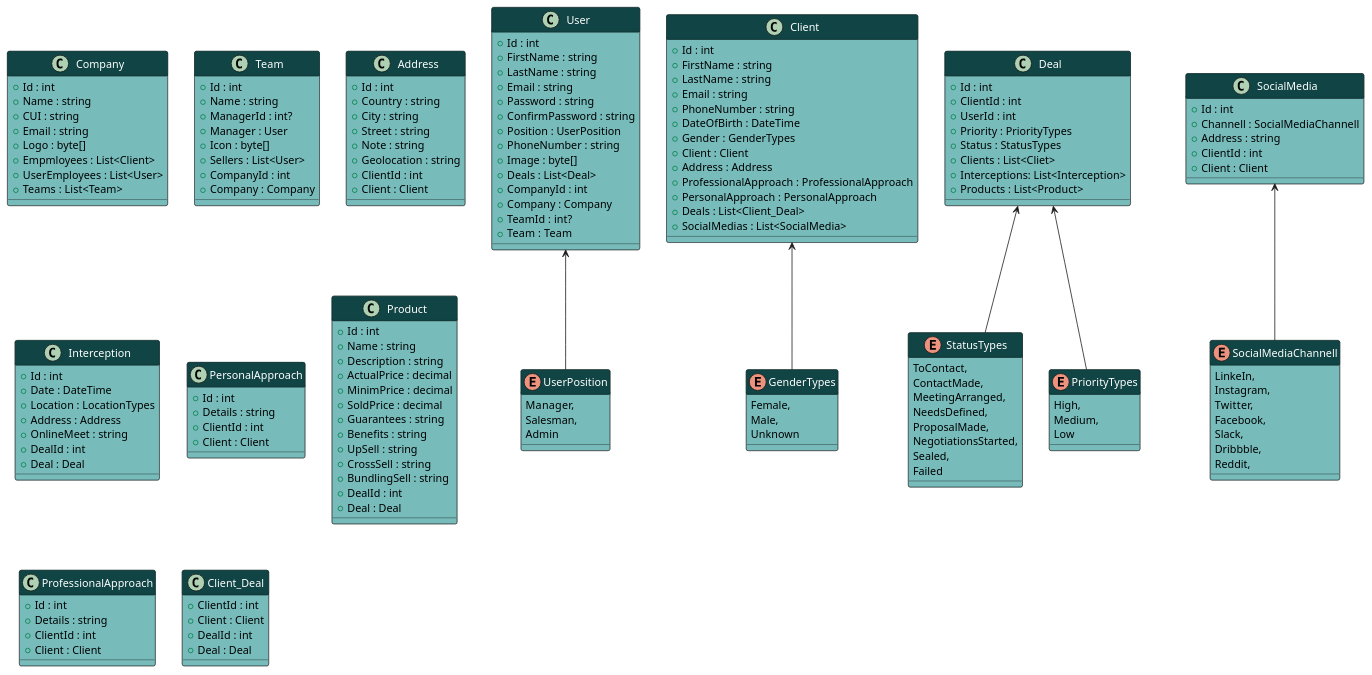
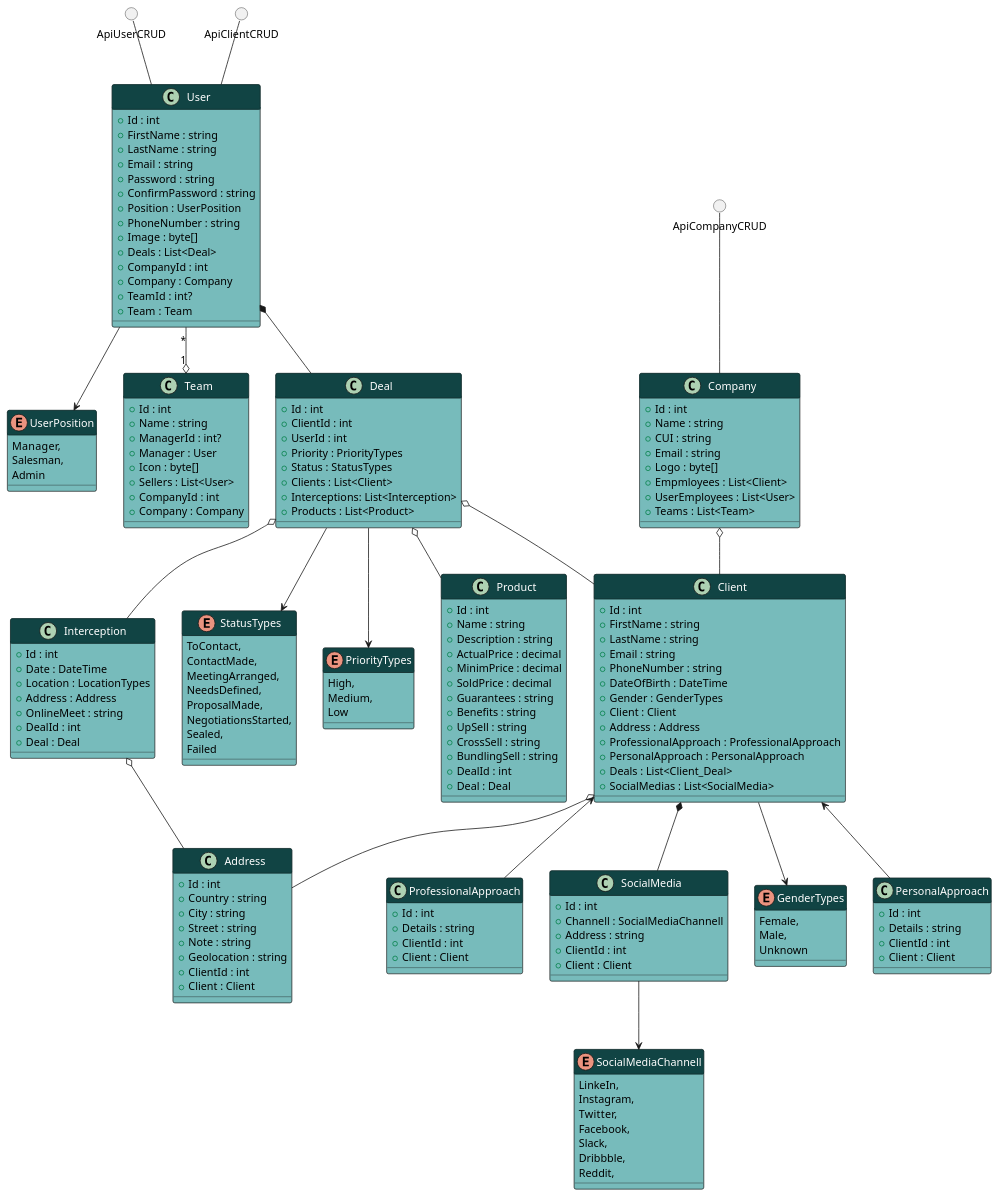
Before and after one commit to vladghinea/Sellgo: the diagram in El Proyecte Grande/Data/appdiagram.plantuml, drawn with PlantUML. The commit also changed 2 other files, not shown here.

Commit message:
Update UML

```diff
--- a/El Proyecte Grande/Data/appdiagram.plantuml
+++ b/El Proyecte Grande/Data/appdiagram.plantuml
@@ -1,187 +1,198 @@
 @startuml El Grande Proyect
 skinparam classFontColor automatic
 skinparam classBackgroundColor #7bb
 skinparam enumBackgroundColor #9d9
 skinparam noteBackgroundColor #9d9
 skinparam classHeaderBackgroundColor #144
 skinparam abstractclassHeaderBackgroundColor #FB4499
 
 class Company{
 + Id : int
 + Name : string
 + CUI : string
 + Email : string
 + Logo : byte[]
 + Empmloyees : List<Client>
 + UserEmployees : List<User>
 + Teams : List<Team>
 }
 
 class Team {
 + Id : int
 + Name : string
 + ManagerId : int?
 + Manager : User
 + Icon : byte[]
 + Sellers : List<User>
 + CompanyId : int
 + Company : Company
 }
 
 class User {
 + Id : int
 + FirstName : string
 + LastName : string
 + Email : string
 + Password : string
 + ConfirmPassword : string
 + Position : UserPosition
 + PhoneNumber : string
 + Image : byte[]
 + Deals : List<Deal>
 + CompanyId : int
 + Company : Company
 + TeamId : int?
 + Team : Team
 
 }
 
 enum UserPosition{
 Manager,
 Salesman,
 Admin
 }
 
 
 class Address{
 + Id : int
 + Country : string
 + City : string
 + Street : string
 + Note : string
 + Geolocation : string
 + ClientId : int
 + Client : Client
 }
 
 class Client{
 + Id : int
 + FirstName : string
 + LastName : string
 + Email : string
 + PhoneNumber : string
 + DateOfBirth : DateTime
 + Gender : GenderTypes
 + Client : Client
 + Address : Address
 + ProfessionalApproach : ProfessionalApproach
 + PersonalApproach : PersonalApproach
 + Deals : List<Client_Deal>
 + SocialMedias : List<SocialMedia>
 }
 
 class Deal{
 + Id : int
 + ClientId : int
 + UserId : int
 + Priority : PriorityTypes
 + Status : StatusTypes
-+ Clients : List<Cliet>
++ Clients : List<Client>
 + Interceptions: List<Interception>
 + Products : List<Product>
 }
 
 class Interception{
 + Id : int
 + Date : DateTime
 + Location : LocationTypes
 + Address : Address
 + OnlineMeet : string
 + DealId : int
 + Deal : Deal
 }
 
 enum StatusTypes{
 ToContact,
 ContactMade,
 MeetingArranged,
 NeedsDefined,
 ProposalMade,
 NegotiationsStarted,
 Sealed,
 Failed
 }
 
 enum PriorityTypes{
 High,
 Medium,
 Low
 }
 
 class PersonalApproach{
 + Id : int
 + Details : string
 + ClientId : int
 + Client : Client
 }
 
 class Product{
 + Id : int
 + Name : string
 + Description : string
 + ActualPrice : decimal
 + MinimPrice : decimal
 + SoldPrice : decimal 
 + Guarantees : string
 + Benefits : string
 + UpSell : string
 + CrossSell : string
 + BundlingSell : string
 + DealId : int
 + Deal : Deal
 }
 
 class ProfessionalApproach{
 + Id : int
 + Details : string
 + ClientId : int
 + Client : Client
 }
 
-class Client_Deal{
-+ ClientId : int
-+ Client : Client
-+ DealId : int
-+ Deal : Deal
-}
 class SocialMedia{
 + Id : int
 + Channell : SocialMediaChannell
 + Address : string
 + ClientId : int
 + Client : Client
 }
 
 enum SocialMediaChannell{
 LinkeIn,
 Instagram,
 Twitter,
 Facebook,
 Slack,
 Dribbble,
 Reddit,
 }
 
 enum GenderTypes{
 Female,
 Male,
 Unknown
 }
+circle ApiCompanyCRUD
+circle ApiUserCRUD
+circle ApiClientCRUD
 
-User <-- UserPosition
-SocialMedia <-- SocialMediaChannell 
-Client <-- GenderTypes
-Deal <-- PriorityTypes 
-Deal <-- StatusTypes
+ApiClientCRUD -- User
+ApiUserCRUD -- User
+Deal o-- Interception
+ApiCompanyCRUD -- Company
+User --> UserPosition
+SocialMedia --> SocialMediaChannell 
+Client --> GenderTypes
+Deal --> PriorityTypes 
+Deal --> StatusTypes
+User *-- Deal
+Deal o-- Client
+Deal o-- Product
+Client *-- SocialMedia
+Client o-- Address
+Interception o-- Address
+Company o-- Client
+User "*" --o "1" Team
+Client <-- PersonalApproach
+Client <-- ProfessionalApproach
 
 @enduml
```
